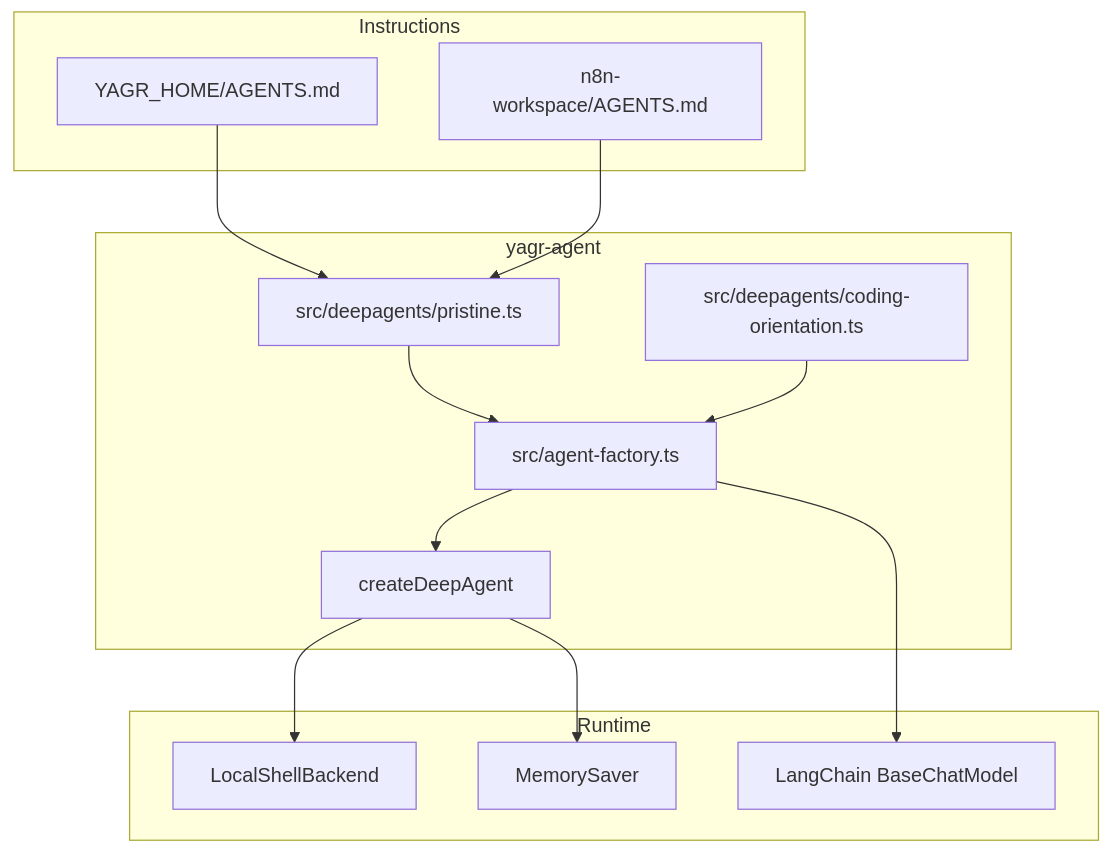
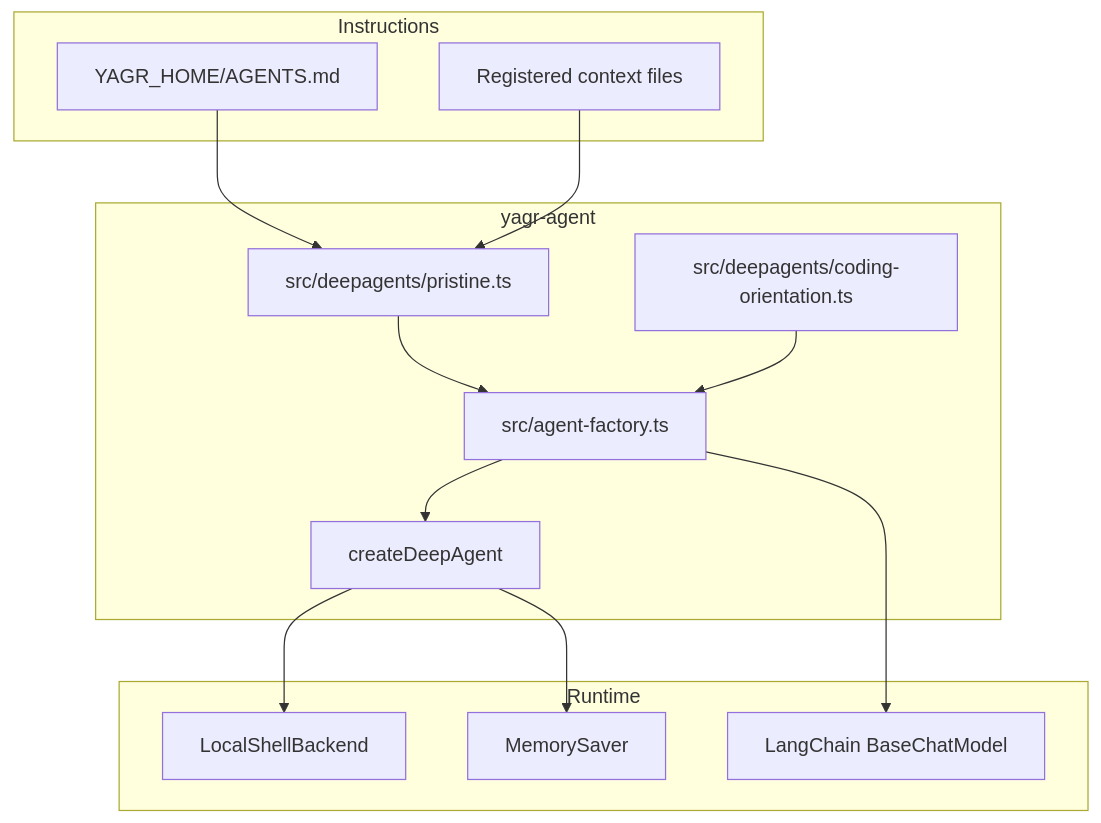
The diagram in architecture/current/deepagents-agent.md (EtienneLescot/yagr), drawn with Mermaid before and after one commit. The commit also changed other lines of this file and 197 other files, not shown here.

````diff
--- a/architecture/current/deepagents-agent.md
+++ b/architecture/current/deepagents-agent.md
@@ -26,29 +18,29 @@
 ```mermaid
 flowchart TD
     subgraph AgentCore["yagr-agent"]
         AF[src/agent-factory.ts]
         PR[src/deepagents/pristine.ts]
         CO[src/deepagents/coding-orientation.ts]
         DA[createDeepAgent]
     end
 
     subgraph InstructionLayer["Instructions"]
         HOME[YAGR_HOME/AGENTS.md]
-        WORK[n8n-workspace/AGENTS.md]
+        CTX[Registered context files]
     end
 
     subgraph RuntimeLayer["Runtime"]
         BACKEND[LocalShellBackend]
         CHECKPOINT[MemorySaver]
         MODEL[LangChain BaseChatModel]
     end
 
     HOME --> PR
-    WORK --> PR
+    CTX --> PR
     PR --> AF
     CO --> AF
     AF --> DA
     DA --> BACKEND
     DA --> CHECKPOINT
     AF --> MODEL
 ```
````
